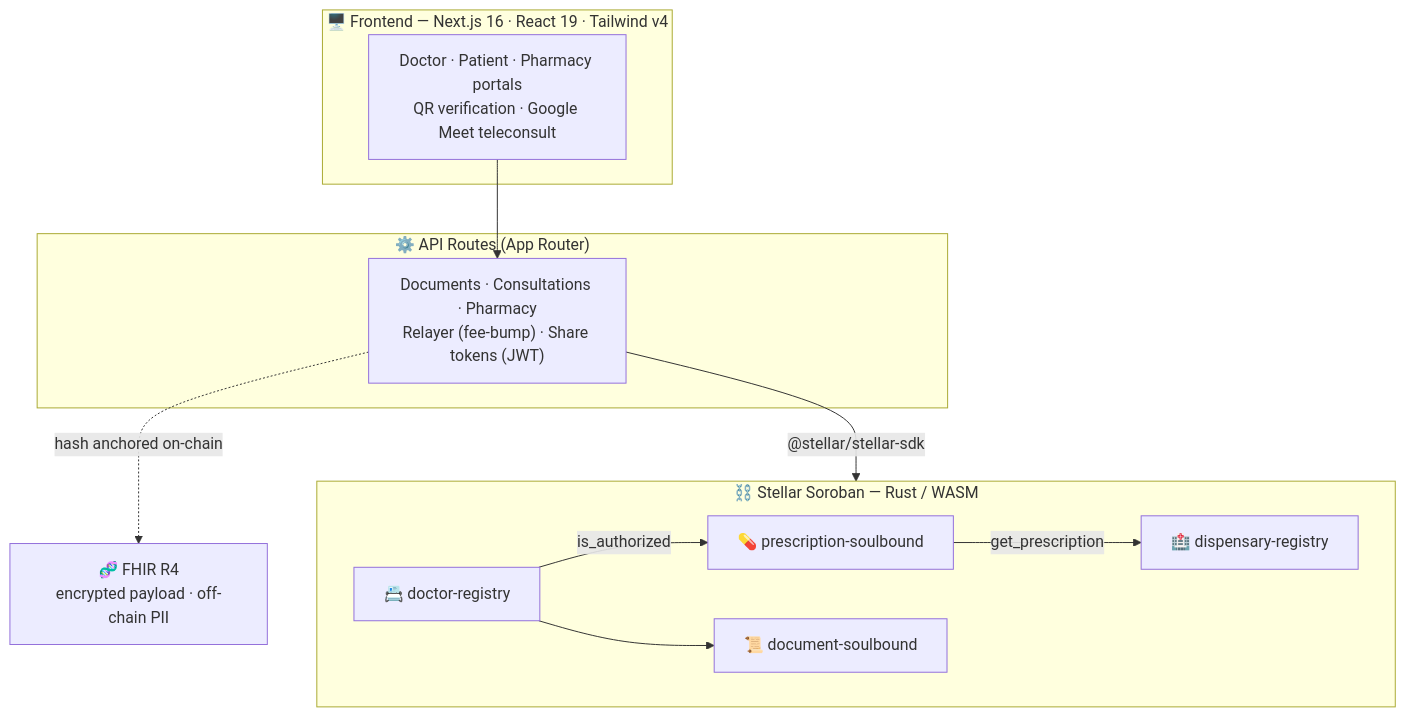
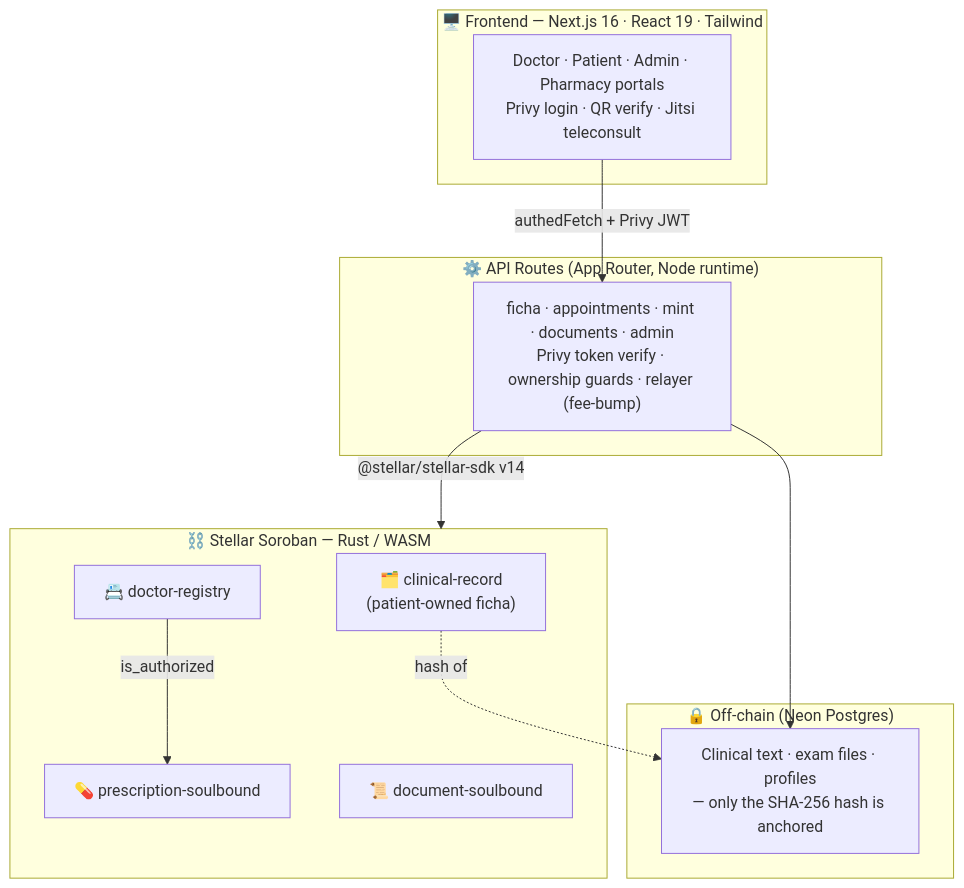
Before and after one commit to CaBsCrypto/ficha-onchain: the diagram in README.md, drawn with Mermaid. The commit also changed other lines of this file and 8 other files, not shown here.

````diff
--- a/README.md
+++ b/README.md
@@ -50,26 +65,27 @@
 ```mermaid
 flowchart TD
-    subgraph Client["🖥️  Frontend — Next.js 16 · React 19 · Tailwind v4"]
-        UI["Doctor · Patient · Pharmacy portals<br/>QR verification · Google Meet teleconsult"]
+    subgraph Client["🖥️ Frontend — Next.js 16 · React 19 · Tailwind"]
+        UI["Doctor · Patient · Admin · Pharmacy portals<br/>Privy login · QR verify · Jitsi teleconsult"]
     end
 
-    subgraph Server["⚙️  API Routes (App Router)"]
-        API["Documents · Consultations · Pharmacy<br/>Relayer (fee-bump) · Share tokens (JWT)"]
+    subgraph Server["⚙️ API Routes (App Router, Node runtime)"]
+        API["ficha · appointments · mint · documents · admin<br/>Privy token verify · ownership guards · relayer (fee-bump)"]
     end
 
-    subgraph Chain["⛓️  Stellar Soroban — Rust / WASM"]
+    subgraph Chain["⛓️ Stellar Soroban — Rust / WASM"]
+        C0["🗂️ clinical-record<br/>(patient-owned ficha)"]
         C1["📇 doctor-registry"]
         C2["💊 prescription-soulbound"]
         C3["📜 document-soulbound"]
-        C4["🏥 dispensary-registry"]
     end
 
-    FHIR["🧬 FHIR R4<br/>encrypted payload · off-chain PII"]
+    subgraph Off["🔒 Off-chain (Neon Postgres)"]
+        DB["Clinical text · exam files · profiles<br/>— only the SHA-256 hash is anchored"]
+    end
 
-    UI --> API
-    API -->|"@stellar/stellar-sdk"| Chain
-    API -.->|"hash anchored on-chain"| FHIR
+    UI -->|"authedFetch + Privy JWT"| API
+    API -->|"@stellar/stellar-sdk v14"| Chain
+    API --> DB
+    C0 -. "hash of" .-> DB
     C1 -->|is_authorized| C2
-    C2 -->|get_prescription| C4
-    C1 --> C3
 ```
````
